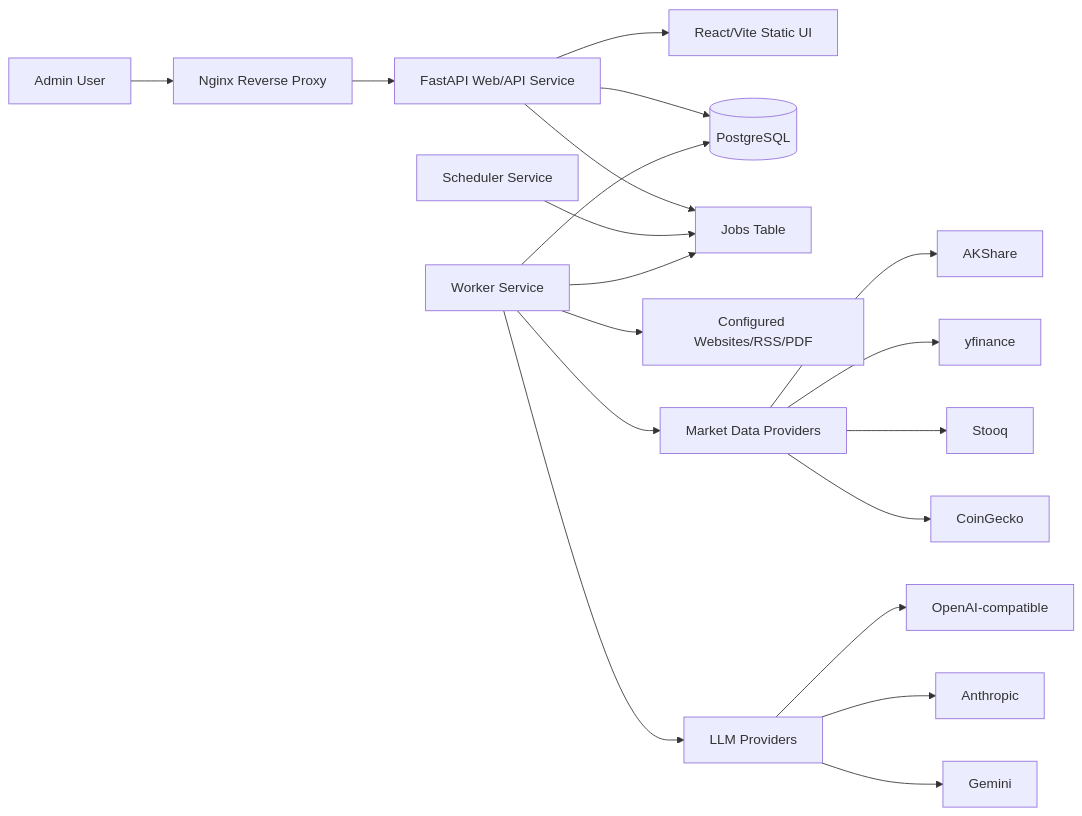
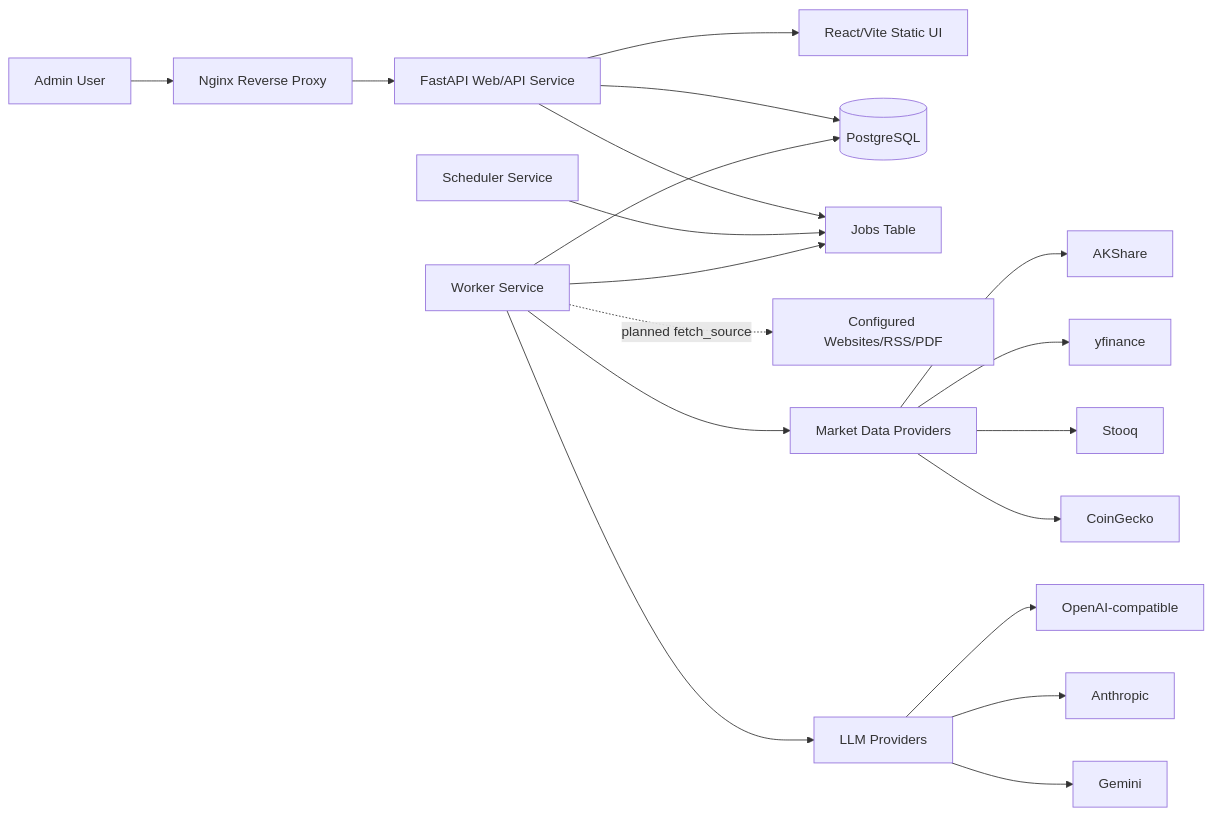
The first of 4 diagrams in docs/architecture.md (chachabu/asset-worldline-agent), drawn with Mermaid before and after one commit. The commit also changed other lines of this file and 1 other file, not shown here.

````diff
--- a/docs/architecture.md
+++ b/docs/architecture.md
@@ -7,25 +28,25 @@
 ```mermaid
 flowchart LR
     User[Admin User] --> Nginx[Nginx Reverse Proxy]
     Nginx --> Web[FastAPI Web/API Service]
     Web --> Frontend[React/Vite Static UI]
     Web --> DB[(PostgreSQL)]
     Web --> Jobs[Jobs Table]
 
     Scheduler[Scheduler Service] --> Jobs
     Worker[Worker Service] --> Jobs
     Worker --> DB
 
-    Worker --> Sources[Configured Websites/RSS/PDF]
+    Worker -. planned fetch_source .-> Sources[Configured Websites/RSS/PDF]
     Worker --> MarketData[Market Data Providers]
     Worker --> LLMs[LLM Providers]
 
     MarketData --> AKShare[AKShare]
     MarketData --> YFinance[yfinance]
     MarketData --> Stooq[Stooq]
     MarketData --> CoinGecko[CoinGecko]
 
     LLMs --> OpenAI[OpenAI-compatible]
     LLMs --> Anthropic[Anthropic]
     LLMs --> Gemini[Gemini]
 ```
````
